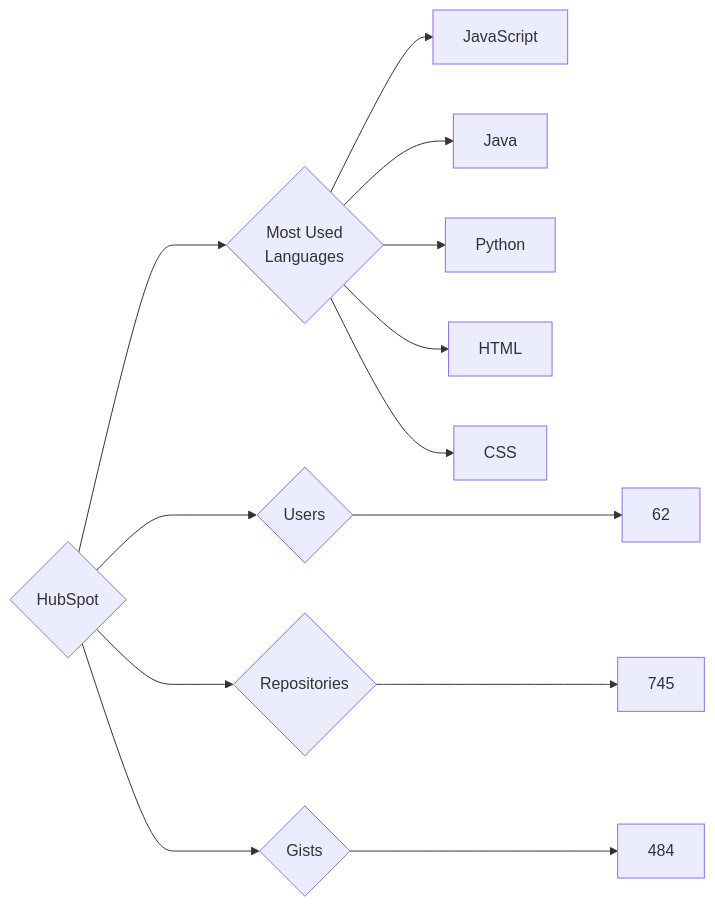
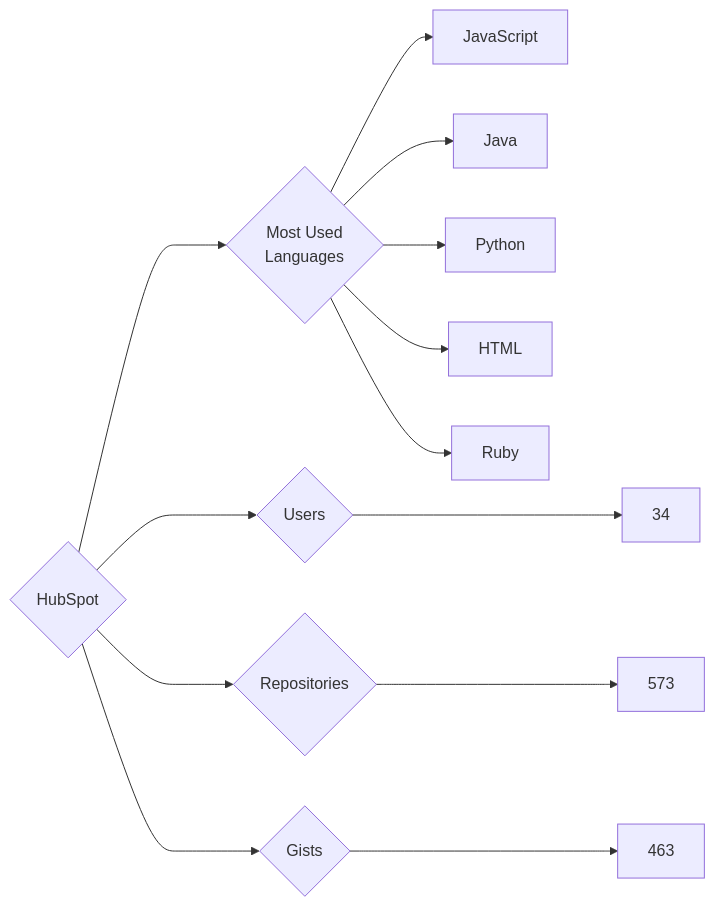
Before and after one commit to trickest/insiders: the diagram in targets/HubSpot/README.md, drawn with Mermaid. The commit also changed 927 other files, not shown here.

````diff
--- a/targets/HubSpot/README.md
+++ b/targets/HubSpot/README.md
@@ -3,13 +3,13 @@
 ```mermaid
 graph LR
 COMPANY_NAME{HubSpot}
-COMPANY_NAME ---> U{Users} ---> UN[62]
-COMPANY_NAME ---> R{Repositories} ---> RN[745]
-COMPANY_NAME ---> G{Gists} ---> GN[484]
+COMPANY_NAME ---> U{Users} ---> UN[34]
+COMPANY_NAME ---> R{Repositories} ---> RN[573]
+COMPANY_NAME ---> G{Gists} ---> GN[463]
 COMPANY_NAME ---> ML{Most Used<br>Languages}
 ML --> JavaScript[JavaScript]
 ML --> Java[Java]
 ML --> Python[Python]
 ML --> HTML[HTML]
-ML --> CSS[CSS]
+ML --> Ruby[Ruby]
 ```
````
